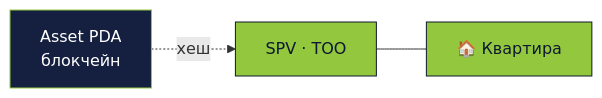
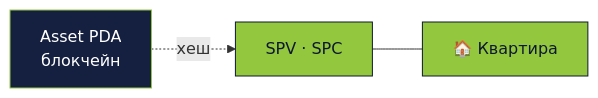
Before and after one commit to In-Da-Hack-Decentrathon/presentation: diagram 21 of 44 in slides.md, drawn with Mermaid. The commit also changed other lines of this file and 1 other file, not shown here.

Commit message:
Spv in different countres

````diff
--- a/slides.md
+++ b/slides.md
@@ -2333,12 +2334,12 @@
 ```mermaid {scale: 0.55}
 flowchart LR
   Asset[Asset PDA<br/>блокчейн]
-  SPV[SPV · ТОО]
+  SPV[SPV · SPC]
   Flat[🏠 Квартира]
   Asset -.хеш.-> SPV
   SPV --- Flat
   classDef new fill:#92c73e,stroke:#0e1830,color:#0e1830
   classDef dim fill:#152040,stroke:#92c73e,color:#ffffff
   class Asset dim
   class SPV,Flat new
 ```
````
